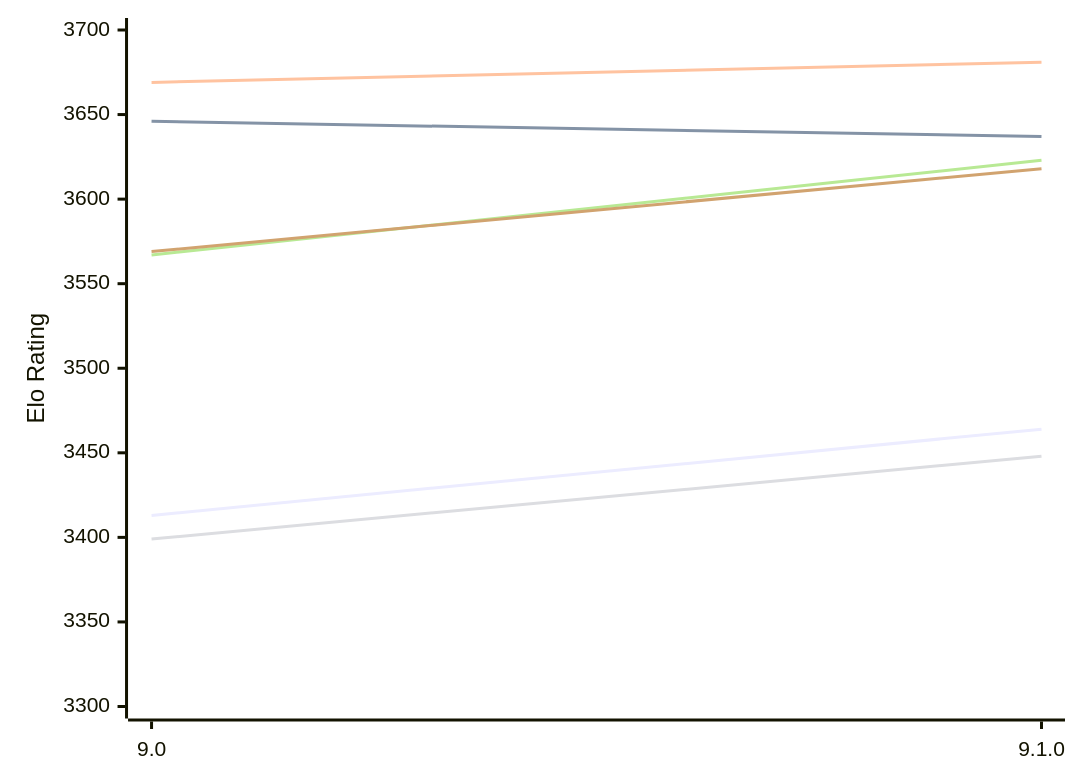
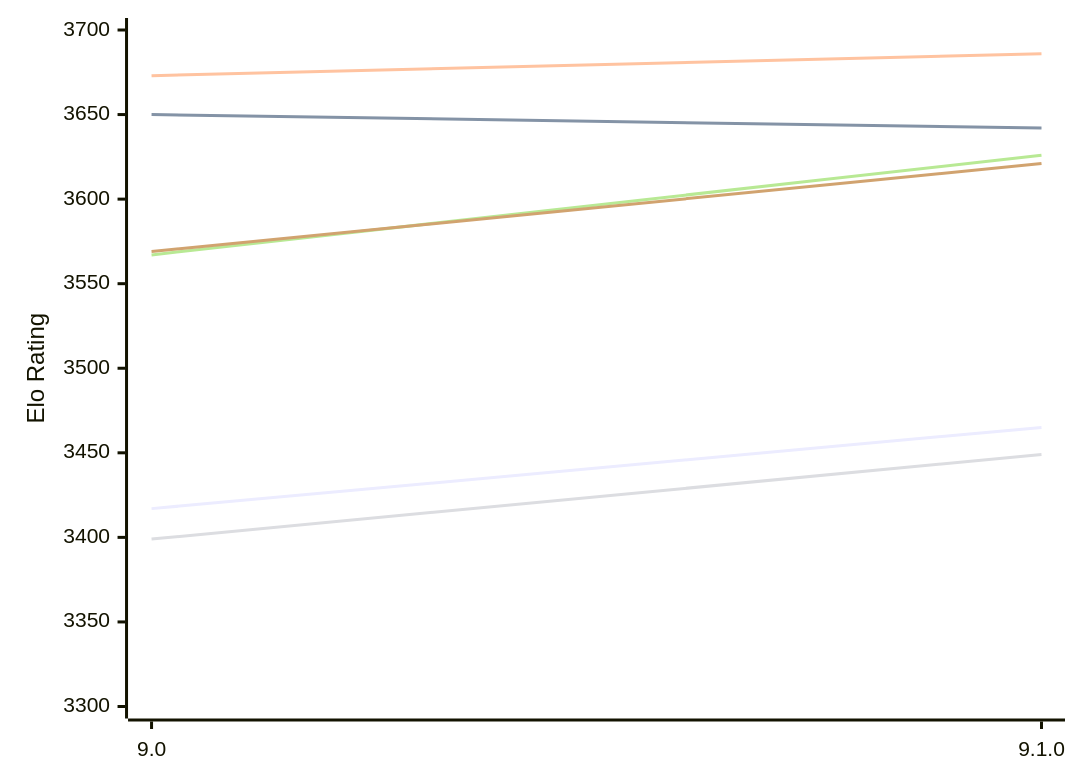
One commit to computer-chess-index/cci changed the first of 2 diagrams in engines/Alexandria.md. Above: the diagram before and after it, drawn with Mermaid. The commit also changed other lines of this file, not shown here.

Commit message:
Update CCI Ratings (ELO VLTC) - 2026-11-22

````diff
--- a/engines/Alexandria.md
+++ b/engines/Alexandria.md
@@ -54,12 +54,12 @@
 ```mermaid
 %%{init: {"theme":"base","themeVariables":{"seriesColors:['#a3a3a3','#222221','#faa371']}}}%%
 xychart-beta
   x-axis ["9.0", "9.1.0"]
   y-axis "Elo Rating" 3300 --> 3700
-  line "E1: STC (8.0+0.08s)" [3413, 3464]
-  line "E1: LTC (60.0+0.60s)" [3646, 3637]
-  line "E1: VLTC (2m24s+1.12s)" [3669, 3681]
-  line "P1: STC (8.0+0.08s)" [3399, 3448]
-  line "P1: LTC (60.0+0.60s)" [3567, 3623]
-  line "P1: VLTC (2m24s+1.12s)" [3569, 3618]
+  line "E1: STC (8.0+0.08s)" [3417, 3465]
+  line "E1: LTC (60.0+0.60s)" [3650, 3642]
+  line "E1: VLTC (2m24s+1.12s)" [3673, 3686]
+  line "P1: STC (8.0+0.08s)" [3399, 3449]
+  line "P1: LTC (60.0+0.60s)" [3567, 3626]
+  line "P1: VLTC (2m24s+1.12s)" [3569, 3621]
 ```
````
